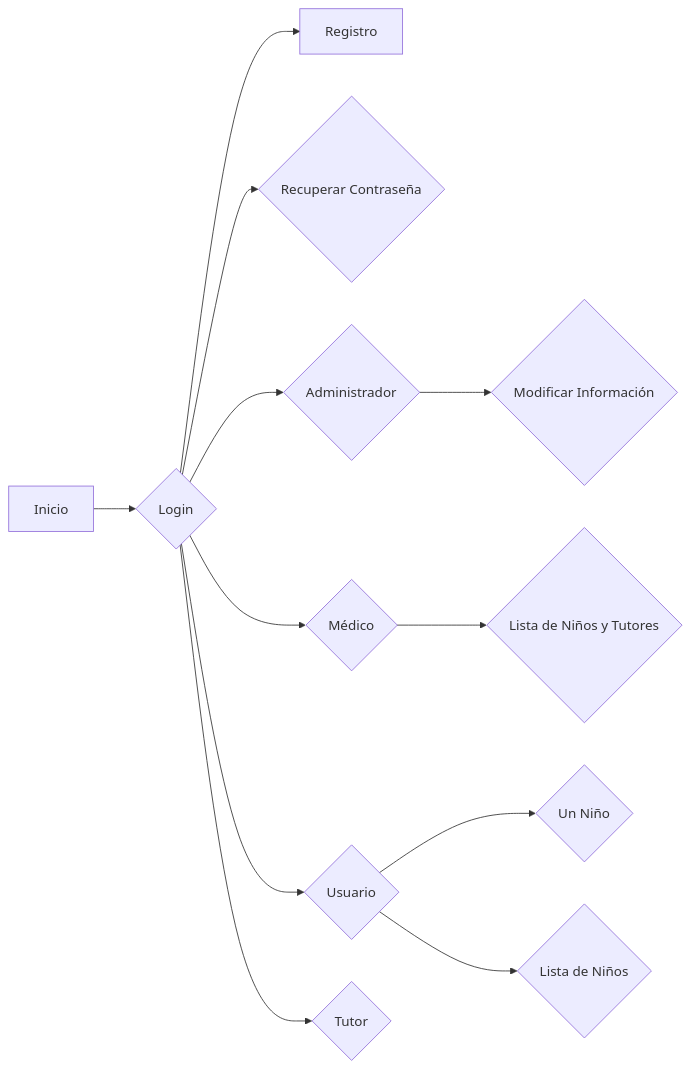
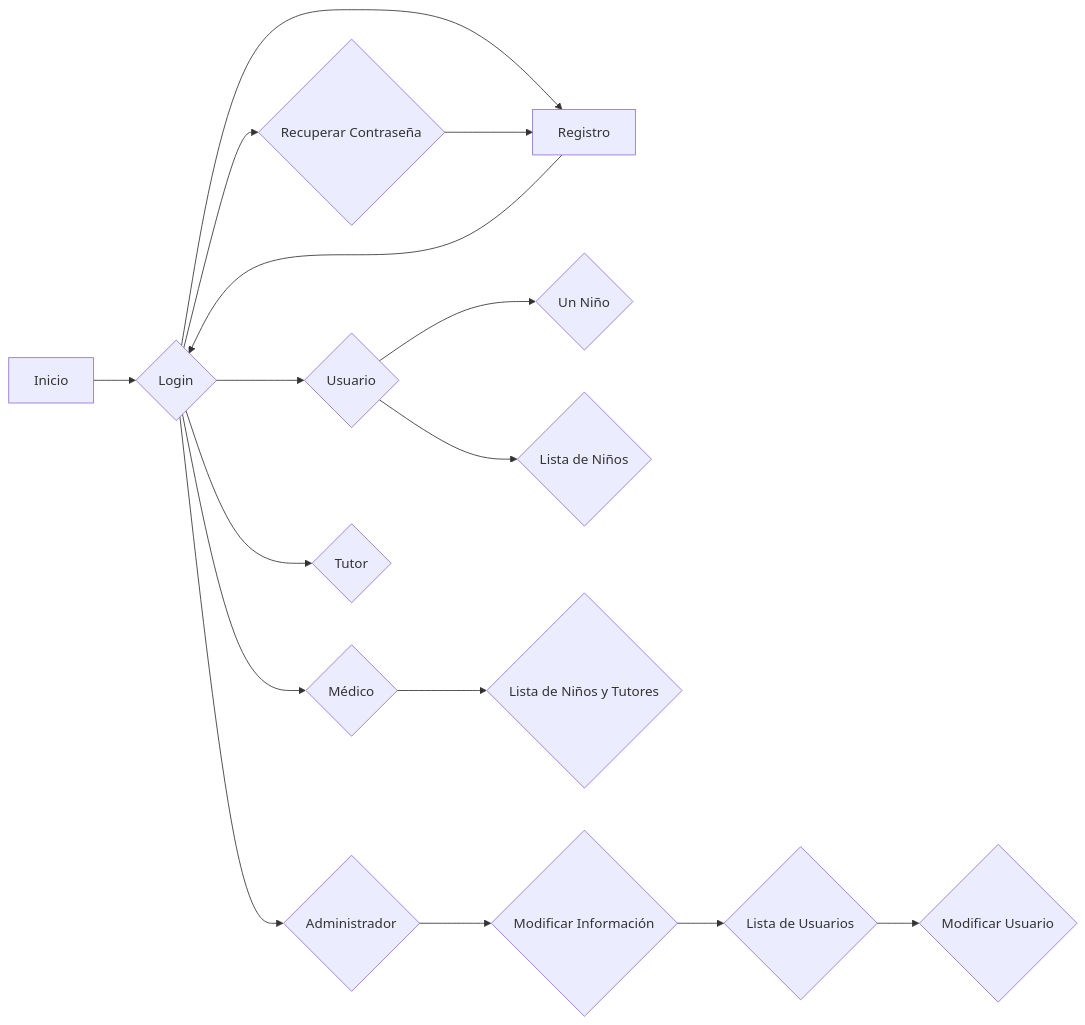
One commit to mactiburon/tapatapp changed the diagram in Diagramavista.mermaid. Above: the diagram before and after it, drawn with Mermaid.

Commit message:
Diagramavista.mermaid

```diff
--- a/Diagramavista.mermaid
+++ b/Diagramavista.mermaid
@@ -1,12 +1,16 @@
 graph LR
     A[Inicio] --> B{Login}
     B --> C[Registro]
     B --> D{Recuperar Contraseña}
+    C --> B
+    D --> C
     B --> E{Administrador}
     B --> F{Médico}
     B --> G{Usuario}
     B --> H{Tutor}
     G --> I{Un Niño}
     G --> J{Lista de Niños}
     F --> K{Lista de Niños y Tutores}
     E --> L{Modificar Información}
+    L --> M{Lista de Usuarios}
+    M --> N{Modificar Usuario}
```
